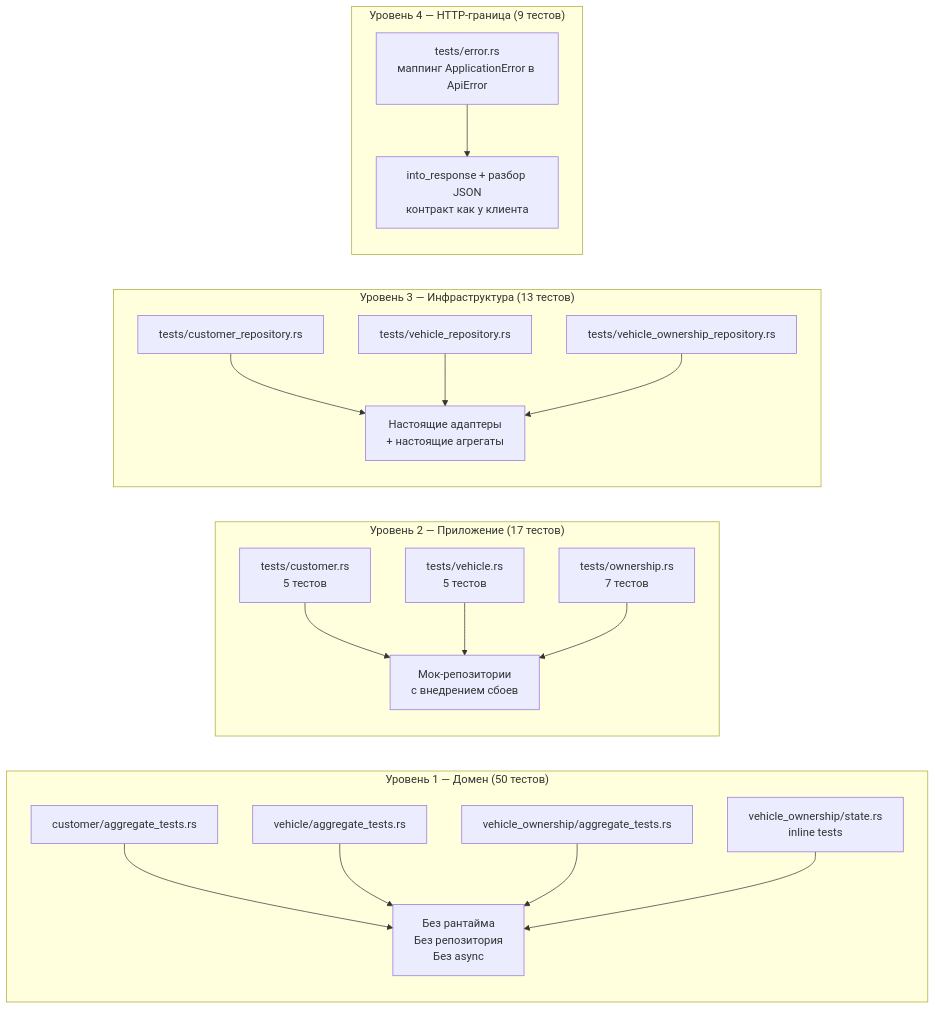
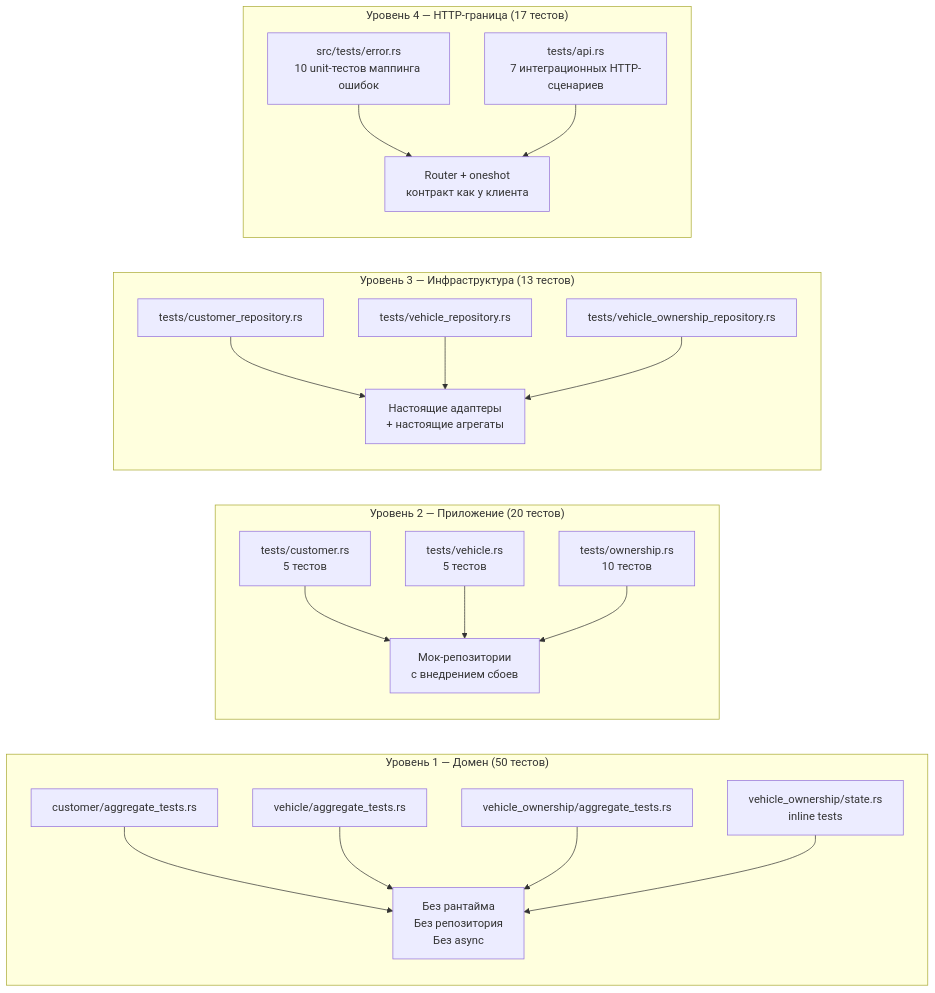
One commit to DeathRustZzZ/PitGO changed the first of 3 diagrams in docs/architecture/11_tests.md. Above: the diagram before and after it, drawn with Mermaid. The commit also changed other lines of this file and 8 other files, not shown here.

Commit message:
feat(backend): extract testable HTTP app and add integration tests

````diff
--- a/docs/architecture/11_tests.md
+++ b/docs/architecture/11_tests.md
@@ -20,45 +20,47 @@
 ```mermaid
 flowchart LR
 
   subgraph L1["Уровень 1 — Домен (50 тестов)"]
     D1["customer/aggregate_tests.rs"]
     D2["vehicle/aggregate_tests.rs"]
     D3["vehicle_ownership/aggregate_tests.rs"]
     D4["vehicle_ownership/state.rs<br/>inline tests"]
     DR["Без рантайма<br/>Без репозитория<br/>Без async"]
   end
 
-  subgraph L2["Уровень 2 — Приложение (17 тестов)"]
+  subgraph L2["Уровень 2 — Приложение (20 тестов)"]
     A1["tests/customer.rs<br/>5 тестов"]
     A2["tests/vehicle.rs<br/>5 тестов"]
-    A3["tests/ownership.rs<br/>7 тестов"]
+    A3["tests/ownership.rs<br/>10 тестов"]
     MOCK["Мок-репозитории<br/>с внедрением сбоев"]
   end
 
   subgraph L3["Уровень 3 — Инфраструктура (13 тестов)"]
     I1["tests/customer_repository.rs"]
     I2["tests/vehicle_repository.rs"]
     I3["tests/vehicle_ownership_repository.rs"]
     REAL["Настоящие адаптеры<br/>+ настоящие агрегаты"]
   end
 
-  subgraph L4["Уровень 4 — HTTP-граница (9 тестов)"]
-    B1["tests/error.rs<br/>маппинг ApplicationError в ApiError"]
-    WIRE["into_response + разбор JSON<br/>контракт как у клиента"]
+  subgraph L4["Уровень 4 — HTTP-граница (17 тестов)"]
+    B1["src/tests/error.rs<br/>10 unit-тестов маппинга ошибок"]
+    B2["tests/api.rs<br/>7 интеграционных HTTP-сценариев"]
+    WIRE["Router + oneshot<br/>контракт как у клиента"]
   end
 
   D1 --> DR
   D2 --> DR
   D3 --> DR
   D4 --> DR
 
   A1 --> MOCK
   A2 --> MOCK
   A3 --> MOCK
 
   I1 --> REAL
   I2 --> REAL
   I3 --> REAL
 
   B1 --> WIRE
+  B2 --> WIRE
 ```
````
